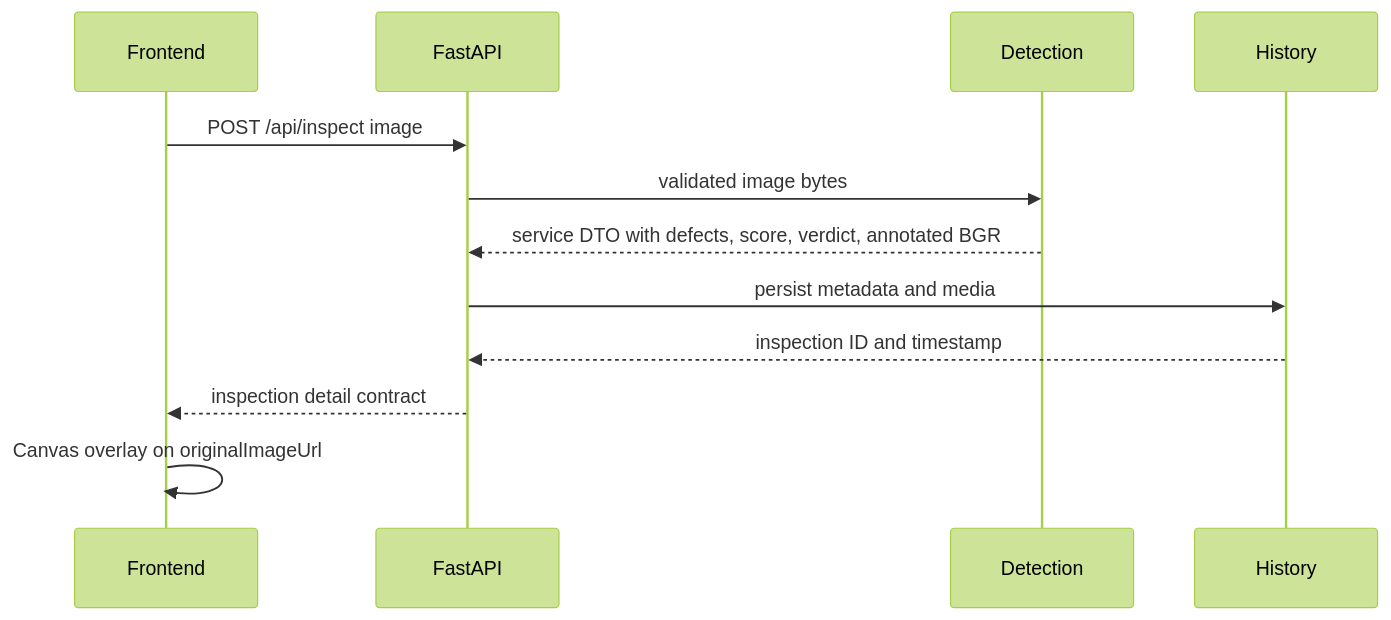
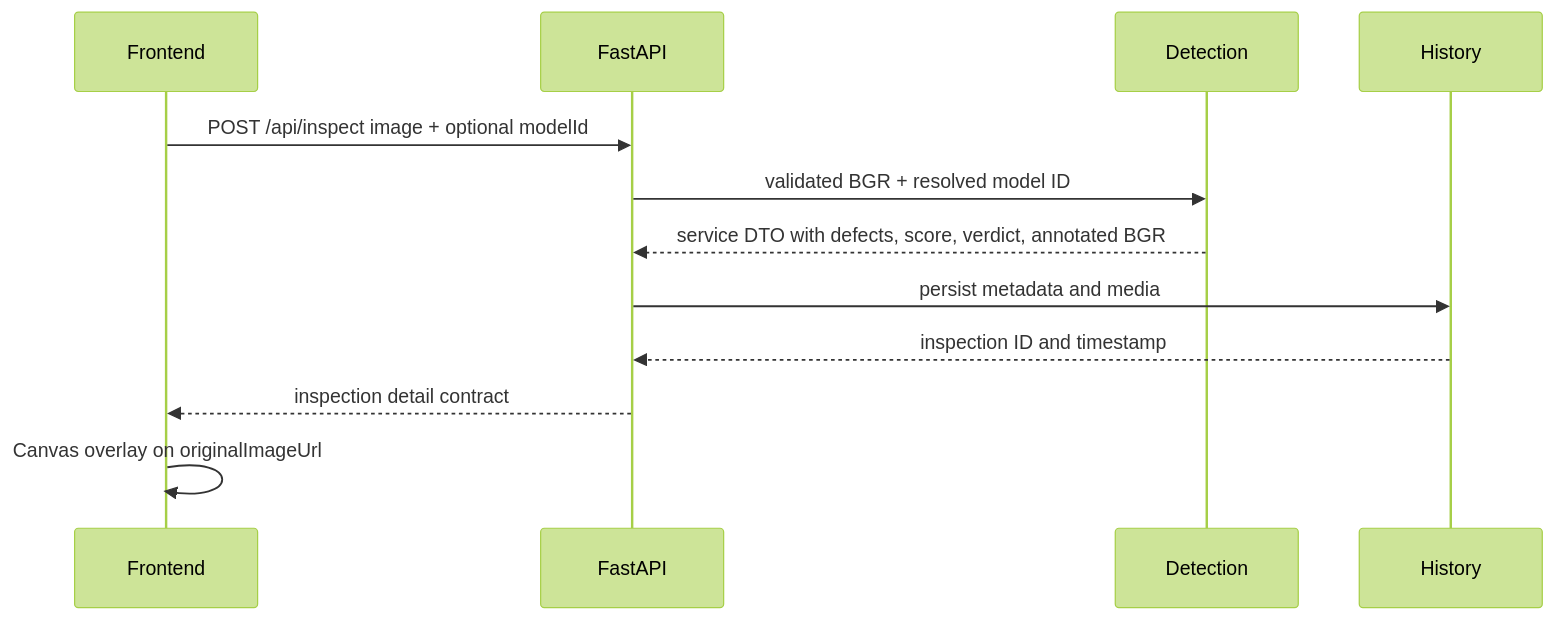
One commit to legion2440/inspect-vision changed the second of 2 diagrams in ARCHITECTURE.md. Above: the diagram before and after it, drawn with Mermaid (forest theme). The commit also changed other lines of this file and 81 other files, not shown here.

````diff
--- a/ARCHITECTURE.md
+++ b/ARCHITECTURE.md
@@ -125,14 +127,14 @@
 ```mermaid
 sequenceDiagram
     participant UI as Frontend
     participant API as FastAPI
     participant CV as Detection
     participant DB as History
-    UI->>API: POST /api/inspect image
-    API->>CV: validated image bytes
+    UI->>API: POST /api/inspect image + optional modelId
+    API->>CV: validated BGR + resolved model ID
     CV-->>API: service DTO with defects, score, verdict, annotated BGR
     API->>DB: persist metadata and media
     DB-->>API: inspection ID and timestamp
     API-->>UI: inspection detail contract
     UI->>UI: Canvas overlay on originalImageUrl
 ```
````
